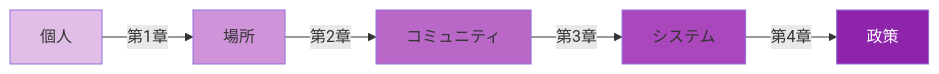
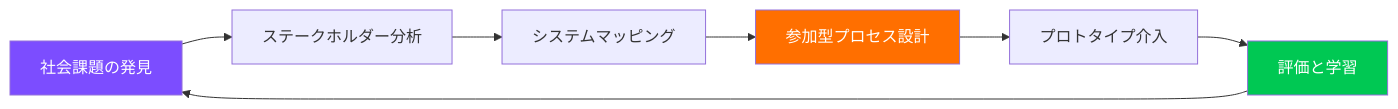
The second of 2 diagrams in docs/books/03-social-transformation/index.md (Hide-nu/Designer-curriculum), drawn with Mermaid before and after one commit. The commit also changed other lines of this file and 13 other files, not shown here.

````diff
--- a/docs/books/03-social-transformation/index.md
+++ b/docs/books/03-social-transformation/index.md
@@ -107,13 +94,12 @@
 ```mermaid
 graph LR
-    A[個人] -->|第1章| B[場所]
-    B -->|第2章| C[コミュニティ]
-    C -->|第3章| D[システム]
-    D -->|第4章| E[政策]
-
-    style A fill:#e1bee7
-    style B fill:#ce93d8
-    style C fill:#ba68c8
-    style D fill:#ab47bc
-    style E fill:#8e24aa,color:#fff
+    A[社会課題の発見] --> B[ステークホルダー分析]
+    B --> C[システムマッピング]
+    C --> D[参加型プロセス設計]
+    D --> E[プロトタイプ介入]
+    E --> F[評価と学習]
+    F --> A
+    style A fill:#7c4dff,color:#fff
+    style D fill:#ff6f00,color:#fff
+    style F fill:#00c853,color:#fff
 ```
````
